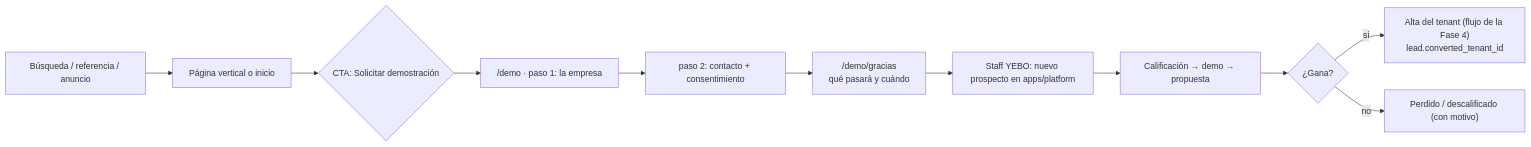
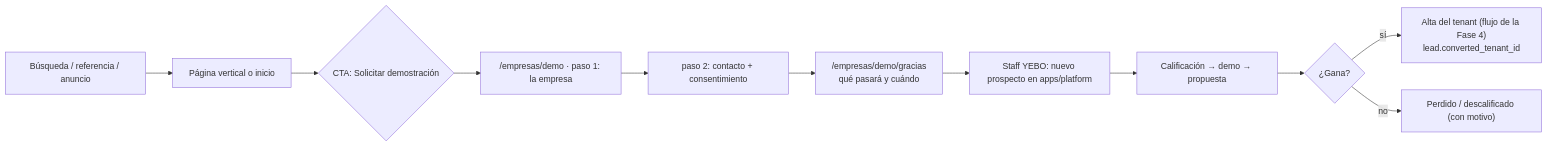
The second of 2 diagrams in docs/marketing/mkt-01-commercial-site.md (dyjhor014/yebo), drawn with Mermaid before and after one commit. The commit also changed other lines of this file and 9 other files, not shown here.

````diff
--- a/docs/marketing/mkt-01-commercial-site.md
+++ b/docs/marketing/mkt-01-commercial-site.md
@@ -182,13 +186,13 @@
 ```mermaid
 flowchart LR
   A["Búsqueda / referencia / anuncio"] --> B["Página vertical o inicio"]
   B --> C{"CTA: Solicitar demostración"}
-  C --> D["/demo · paso 1: la empresa"]
+  C --> D["/empresas/demo · paso 1: la empresa"]
   D --> E["paso 2: contacto + consentimiento"]
-  E --> F["/demo/gracias<br/>qué pasará y cuándo"]
+  E --> F["/empresas/demo/gracias<br/>qué pasará y cuándo"]
   F --> G["Staff YEBO: nuevo prospecto en apps/platform"]
   G --> H["Calificación → demo → propuesta"]
   H --> I{"¿Gana?"}
   I -->|sí| J["Alta del tenant (flujo de la Fase 4)<br/>lead.converted_tenant_id"]
   I -->|no| K["Perdido / descalificado (con motivo)"]
 ```
````
